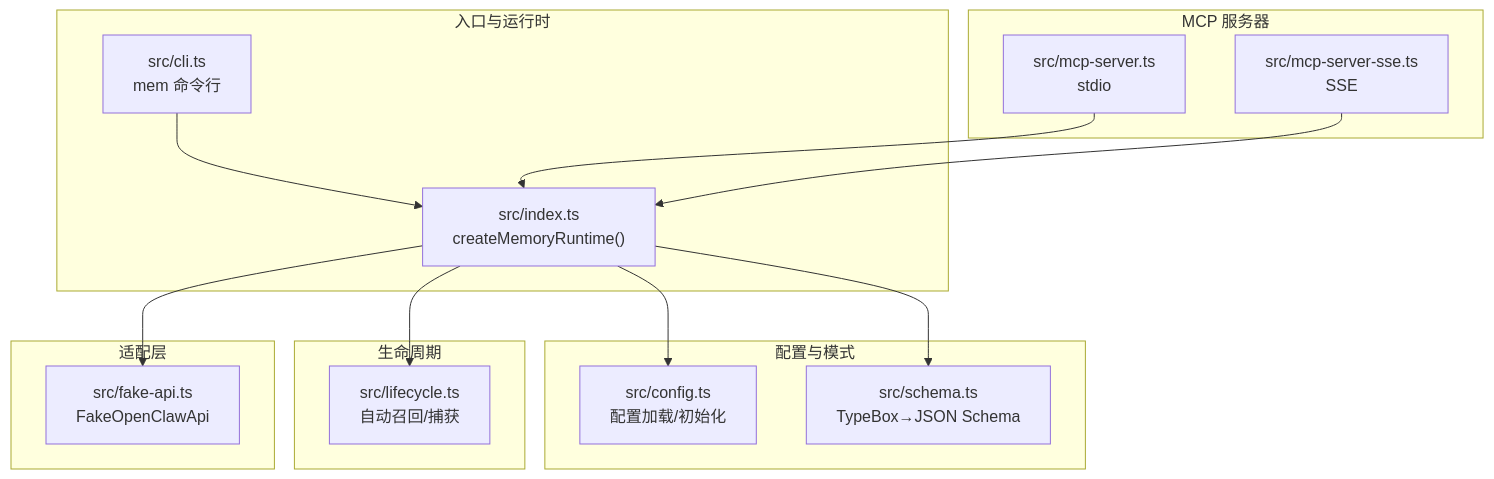
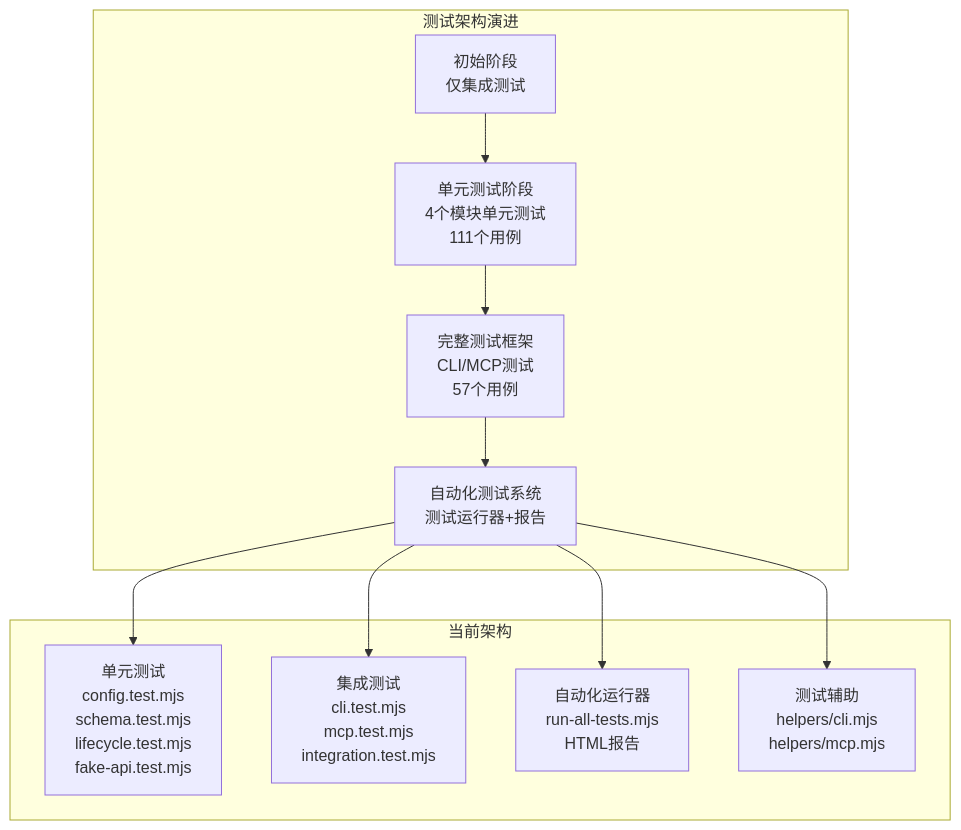
One commit to HACK-WU/memory-lancedb-mcp changed the first of 2 diagrams in .qoder/repowiki/zh/content/开发者指南/测试策略.md. Above: the diagram before and after it, drawn with Mermaid. The commit also changed other lines of this file and 17 other files, not shown here.

````diff
--- a/.qoder/repowiki/zh/content/开发者指南/测试策略.md
+++ b/.qoder/repowiki/zh/content/开发者指南/测试策略.md
@@ -42,28 +63,20 @@
 ```mermaid
 graph TB
-subgraph "入口与运行时"
-IDX["src/index.ts<br/>createMemoryRuntime()"]
-CLI["src/cli.ts<br/>mem 命令行"]
+subgraph "测试架构演进"
+A["初始阶段<br/>仅集成测试"]
+B["单元测试阶段<br/>4个模块单元测试<br/>111个用例"]
+C["完整测试框架<br/>CLI/MCP测试<br/>57个用例"]
+D["自动化测试系统<br/>测试运行器+报告"]
 end
-subgraph "MCP 服务器"
-STDIO["src/mcp-server.ts<br/>stdio"]
-SSE["src/mcp-server-sse.ts<br/>SSE"]
+A --> B --> C --> D
+subgraph "当前架构"
+E["单元测试<br/>config.test.mjs<br/>schema.test.mjs<br/>lifecycle.test.mjs<br/>fake-api.test.mjs"]
+F["集成测试<br/>cli.test.mjs<br/>mcp.test.mjs<br/>integration.test.mjs"]
+G["自动化运行器<br/>run-all-tests.mjs<br/>HTML报告"]
+H["测试辅助<br/>helpers/cli.mjs<br/>helpers/mcp.mjs"]
 end
-subgraph "配置与模式"
-CFG["src/config.ts<br/>配置加载/初始化"]
-SCH["src/schema.ts<br/>TypeBox→JSON Schema"]
-end
-subgraph "生命周期"
-LC["src/lifecycle.ts<br/>自动召回/捕获"]
-end
-subgraph "适配层"
-FAKE["src/fake-api.ts<br/>FakeOpenClawApi"]
-end
-IDX --> FAKE
-CLI --> IDX
-STDIO --> IDX
-SSE --> IDX
-IDX --> CFG
-IDX --> SCH
-IDX --> LC
+D --> E
+D --> F
+D --> G
+D --> H
 ```
````
